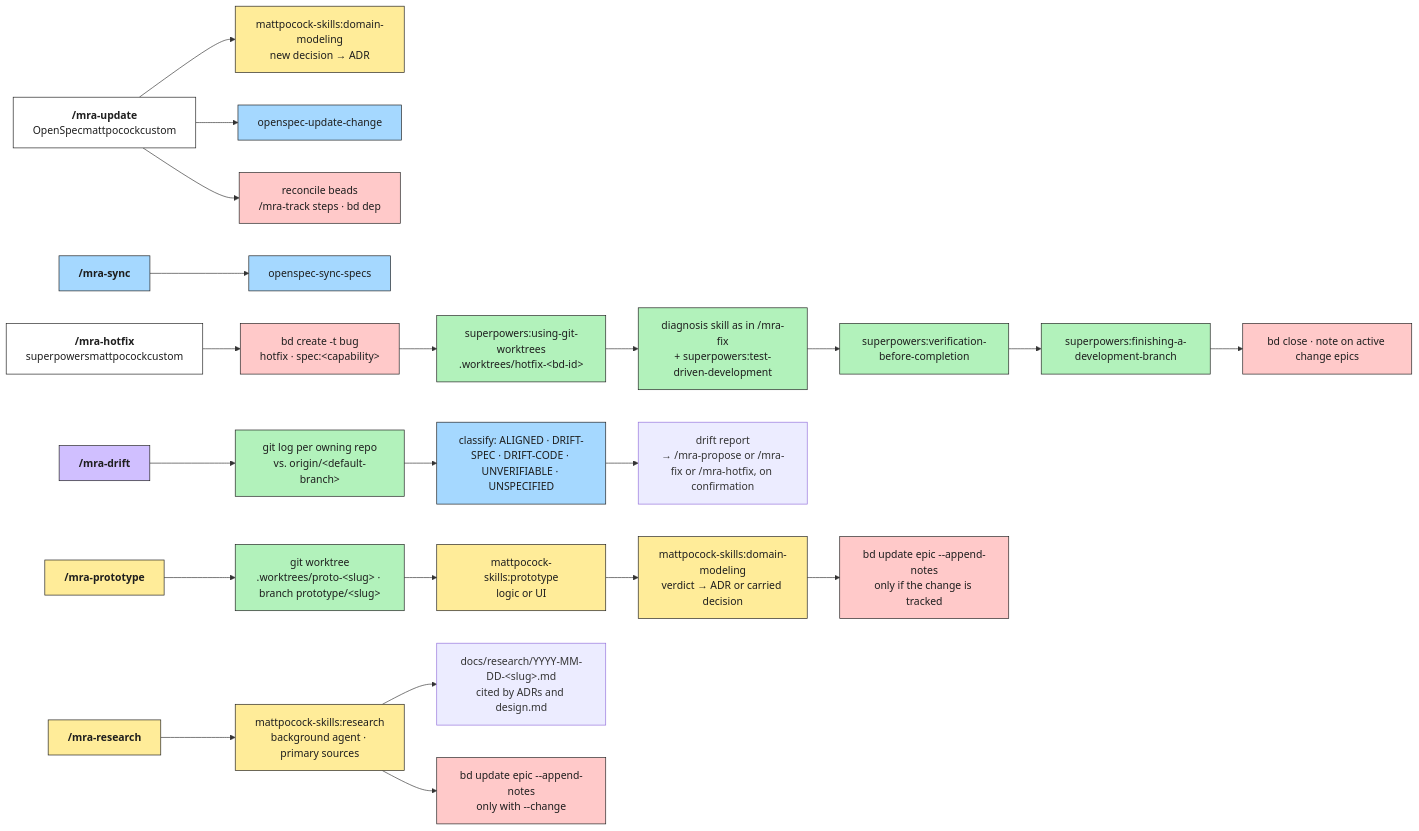
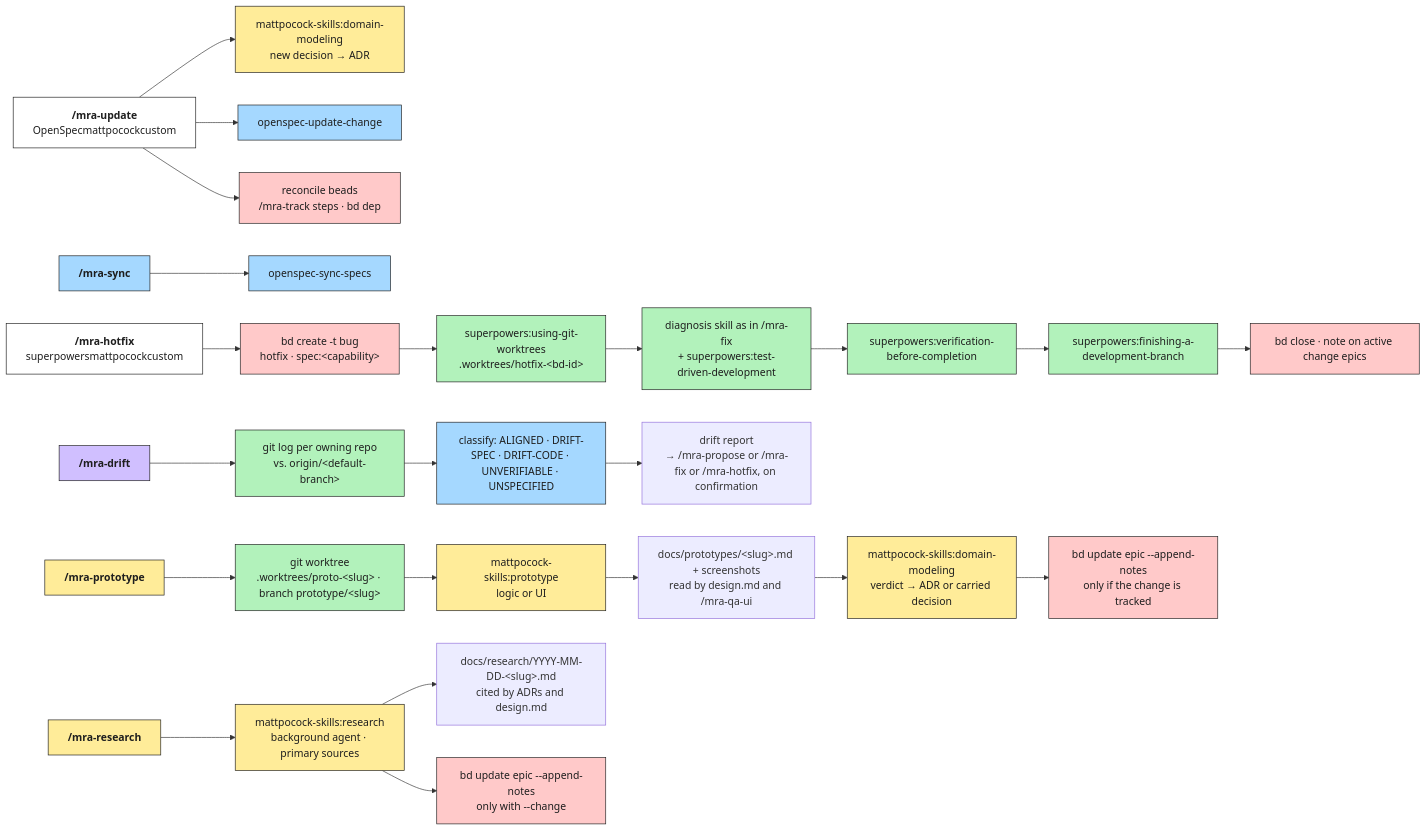
Before and after one commit to Ancora-Ancora/mra-flow: the fourth of 5 diagrams in payload/orchestrator/.mra-flow/docs/mra-flow.md, drawn with Mermaid. The commit also changed other lines of this file and 10 other files, not shown here.

````diff
--- a/payload/orchestrator/.mra-flow/docs/mra-flow.md
+++ b/payload/orchestrator/.mra-flow/docs/mra-flow.md
@@ -197,35 +198,36 @@
 ```mermaid
 %%{init: {"themeCSS": ".t{font-size:1.25em;font-weight:700} .bos,.bsp,.bmp,.bcu{padding:2px 6px} .bos{background:#a5d8ff} .bsp{background:#b2f2bb} .bmp{background:#ffec99} .bcu{background:#d0bfff}"}}%%
 flowchart LR
     classDef phase fill:#d0bfff,stroke:#1e1e1e,color:#1e1e1e
     classDef oswrap fill:#a5d8ff,stroke:#1e1e1e,color:#1e1e1e
     classDef striped fill:#ffffff,stroke:#1e1e1e,color:#1e1e1e
     classDef stripedopt fill:#ffffff,stroke:#1e1e1e,stroke-dasharray:5 5,color:#1e1e1e
     classDef spwrap fill:#b2f2bb,stroke:#1e1e1e,color:#1e1e1e
     classDef mpwrap fill:#ffec99,stroke:#1e1e1e,color:#1e1e1e
     classDef sp fill:#b2f2bb,stroke:#1e1e1e,color:#1e1e1e
     classDef mp fill:#ffec99,stroke:#1e1e1e,color:#1e1e1e
     classDef os fill:#a5d8ff,stroke:#1e1e1e,color:#1e1e1e
     classDef bd fill:#ffc9c9,stroke:#1e1e1e,color:#1e1e1e
 
     up["<b class='t'>/mra-update</b><br/><span class='bos'>OpenSpec</span><span class='bmp'>mattpocock</span><span class='bcu'>custom</span>"]:::striped --> up1["mattpocock-skills:domain-modeling<br/>new decision → ADR"]:::mp
     up --> up2["openspec-update-change"]:::os
     up --> up3["reconcile beads<br/>/mra-track steps · bd dep"]:::bd
     sy["<b class='t'>/mra-sync</b>"]:::oswrap --> sy1["openspec-sync-specs"]:::os
     hf["<b class='t'>/mra-hotfix</b><br/><span class='bsp'>superpowers</span><span class='bmp'>mattpocock</span><span class='bcu'>custom</span>"]:::striped --> hf1["bd create -t bug<br/>hotfix · spec:#lt;capability#gt;"]:::bd
     hf1 --> hf2["superpowers:using-git-worktrees<br/>.worktrees/hotfix-#lt;bd-id#gt;"]:::sp
     hf2 --> hf3["diagnosis skill as in /mra-fix<br/>+ superpowers:test-driven-development"]:::sp
     hf3 --> hf4["superpowers:verification-before-completion"]:::sp
     hf4 --> hf5["superpowers:finishing-a-development-branch"]:::sp
     hf5 --> hf6["bd close · note on active change epics"]:::bd
     dr["<b class='t'>/mra-drift</b>"]:::phase --> dr1["git log per owning repo<br/>vs. origin/#lt;default-branch#gt;"]:::sp
     dr1 --> dr2["classify: ALIGNED · DRIFT-SPEC · DRIFT-CODE · UNVERIFIABLE · UNSPECIFIED"]:::os
     dr2 --> drA["drift report<br/>→ /mra-propose or /mra-fix or /mra-hotfix, on confirmation"]
     pt["<b class='t'>/mra-prototype</b>"]:::mpwrap --> pt1["git worktree<br/>.worktrees/proto-#lt;slug#gt; · branch prototype/#lt;slug#gt;"]:::sp
     pt1 --> pt2["mattpocock-skills:prototype<br/>logic or UI"]:::mp
-    pt2 --> pt3["mattpocock-skills:domain-modeling<br/>verdict → ADR or carried decision"]:::mp
+    pt2 --> ptN["docs/prototypes/#lt;slug#gt;.md + screenshots<br/>read by design.md and /mra-qa-ui"]
+    ptN --> pt3["mattpocock-skills:domain-modeling<br/>verdict → ADR or carried decision"]:::mp
     pt3 --> pt4["bd update epic --append-notes<br/>only if the change is tracked"]:::bd
     rs["<b class='t'>/mra-research</b>"]:::mpwrap --> rs1["mattpocock-skills:research<br/>background agent · primary sources"]:::mp
     rs1 --> rsA["docs/research/YYYY-MM-DD-#lt;slug#gt;.md<br/>cited by ADRs and design.md"]
     rs1 --> rs2["bd update epic --append-notes<br/>only with --change"]:::bd
 ```
````
